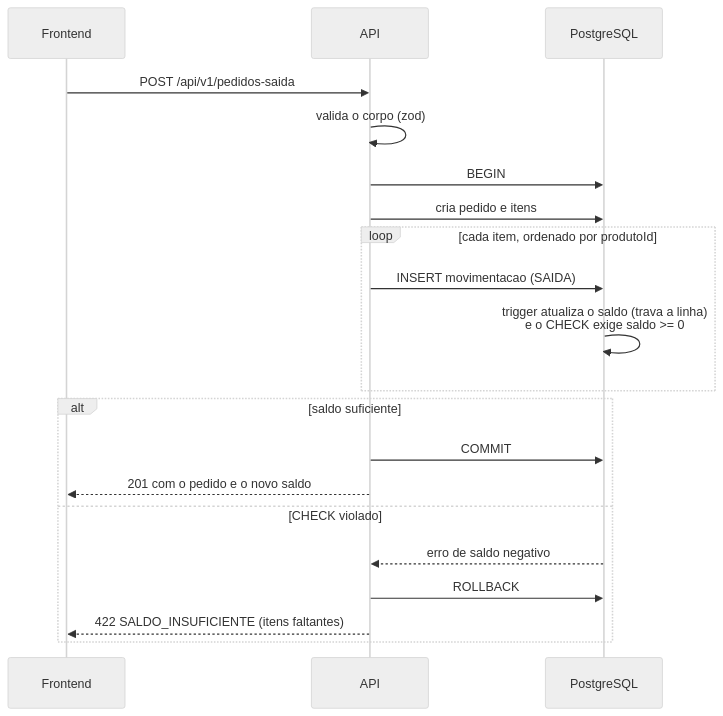
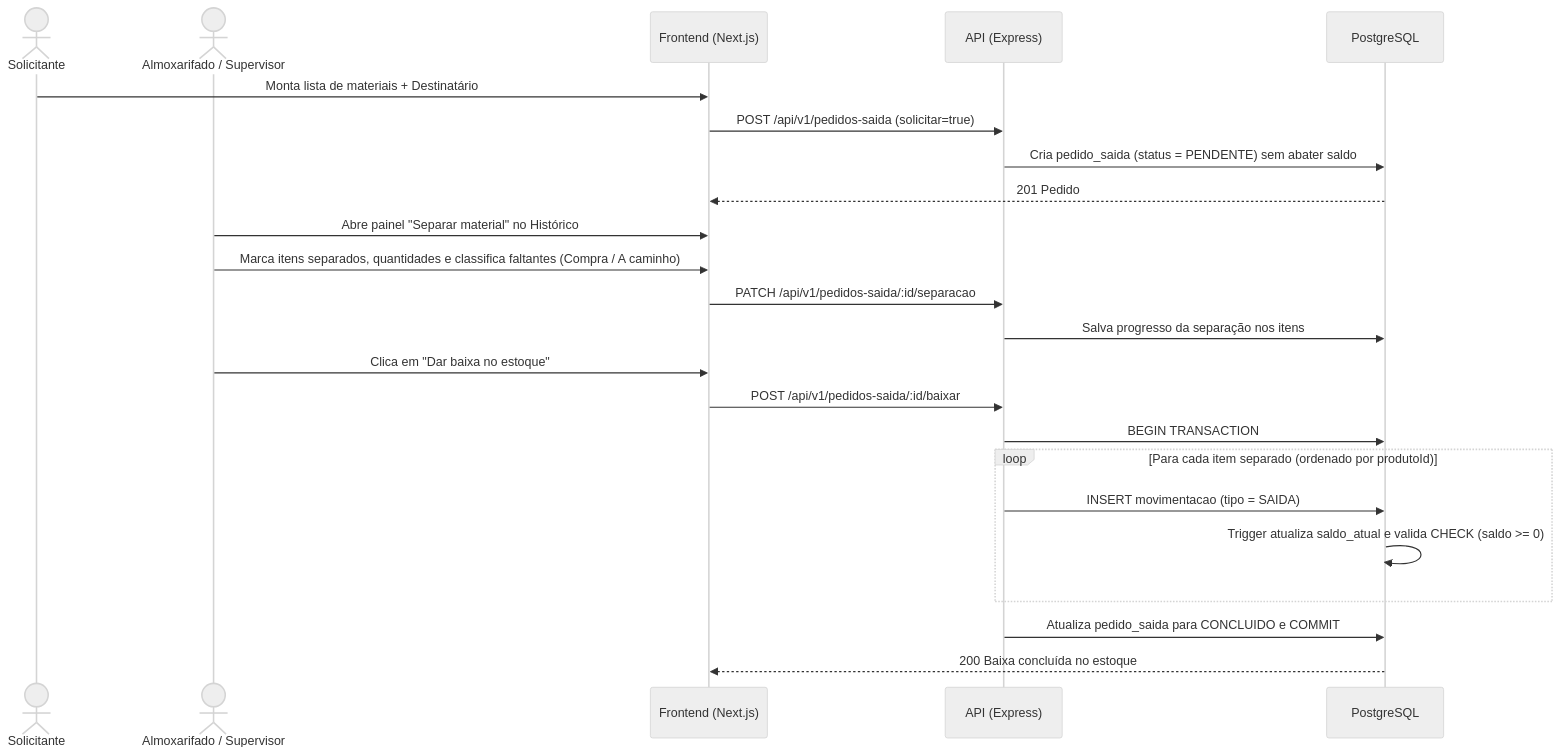
One commit to Micael-Dombroski/EstoquesArduinoDelfes changed the third of 4 diagrams in docs/arquitetura.md. Above: the diagram before and after it, drawn with Mermaid (neutral theme). The commit also changed other lines of this file and 3 other files, not shown here.

````diff
--- a/docs/arquitetura.md
+++ b/docs/arquitetura.md
@@ -238,23 +261,28 @@
 ```mermaid
 sequenceDiagram
-  participant F as Frontend
-  participant A as API
+  actor S as Solicitante
+  actor L as Almoxarifado / Supervisor
+  participant F as Frontend (Next.js)
+  participant A as API (Express)
   participant D as PostgreSQL
 
-  F->>A: POST /api/v1/pedidos-saida
-  A->>A: valida o corpo (zod)
-  A->>D: BEGIN
-  A->>D: cria pedido e itens
-  loop cada item, ordenado por produtoId
-    A->>D: INSERT movimentacao (SAIDA)
-    D->>D: trigger atualiza o saldo (trava a linha)<br>e o CHECK exige saldo >= 0
+  S->>F: Monta lista de materiais + Destinatário
+  F->>A: POST /api/v1/pedidos-saida (solicitar=true)
+  A->>D: Cria pedido_saida (status = PENDENTE) sem abater saldo
+  D-->>F: 201 Pedido #ID aguardando separação
+
+  L->>F: Abre painel "Separar material" no Histórico
+  L->>F: Marca itens separados, quantidades e classifica faltantes (Compra / A caminho)
+  F->>A: PATCH /api/v1/pedidos-saida/:id/separacao
+  A->>D: Salva progresso da separação nos itens
+
+  L->>F: Clica em "Dar baixa no estoque"
+  F->>A: POST /api/v1/pedidos-saida/:id/baixar
+  A->>D: BEGIN TRANSACTION
+  loop Para cada item separado (ordenado por produtoId)
+    A->>D: INSERT movimentacao (tipo = SAIDA)
+    D->>D: Trigger atualiza saldo_atual e valida CHECK (saldo >= 0)
   end
-  alt saldo suficiente
-    A->>D: COMMIT
-    A-->>F: 201 com o pedido e o novo saldo
-  else CHECK violado
-    D-->>A: erro de saldo negativo
-    A->>D: ROLLBACK
-    A-->>F: 422 SALDO_INSUFICIENTE (itens faltantes)
-  end
+  A->>D: Atualiza pedido_saida para CONCLUIDO e COMMIT
+  D-->>F: 200 Baixa concluída no estoque
 ```
````
